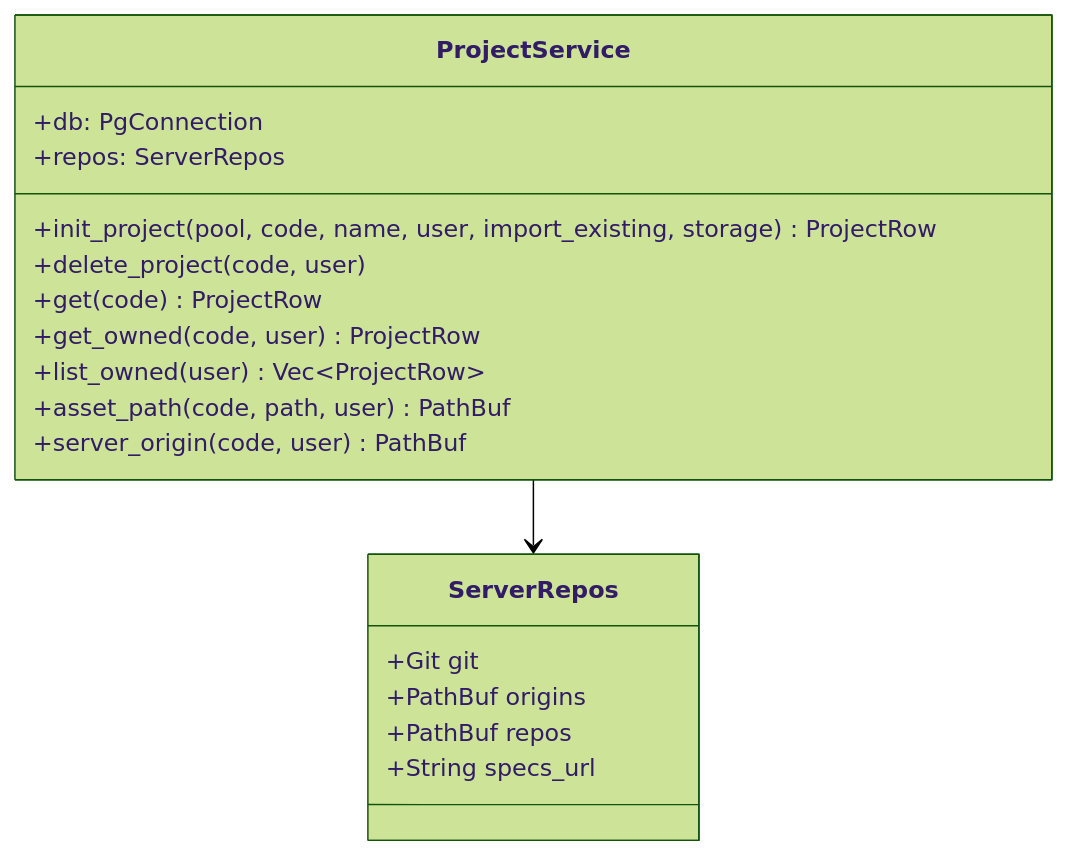
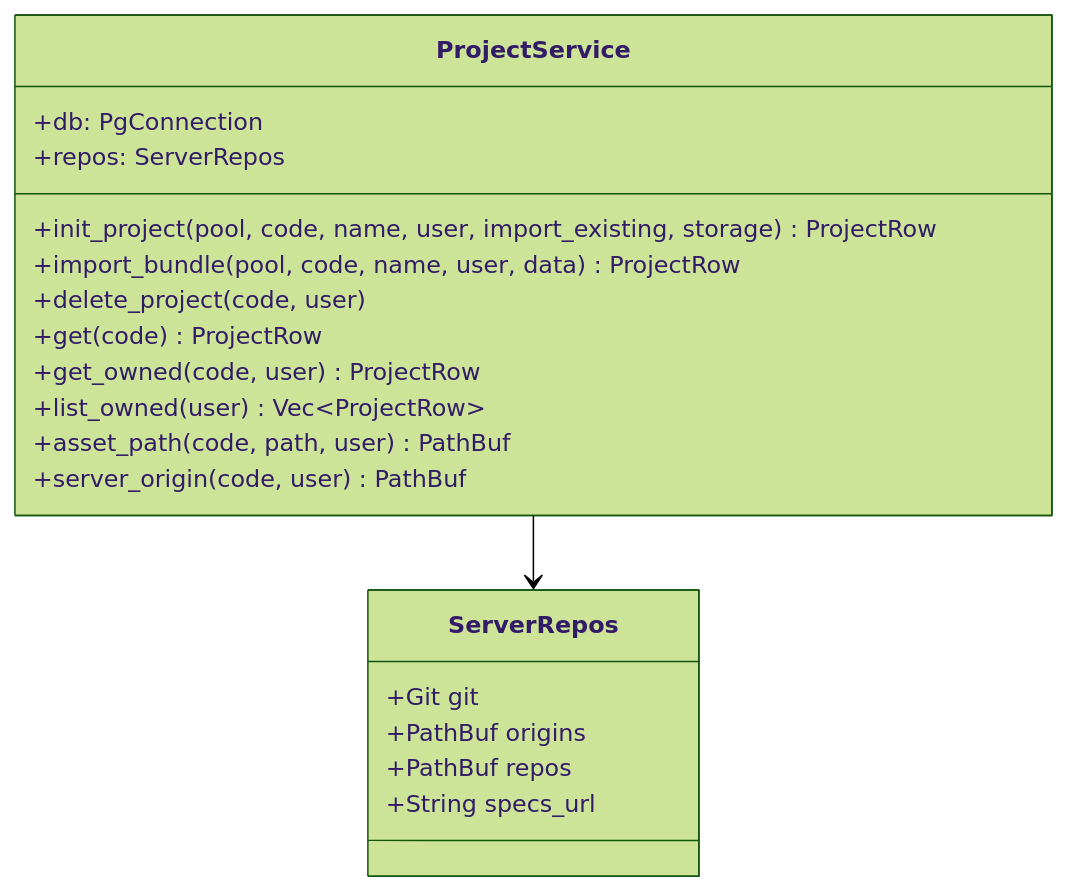
Before and after one commit to HoyoungParkme/syncdoc: the first of 9 diagrams in docs/specs/06-DOM/SYNC-DOM-004.md, drawn with Mermaid (forest theme). The commit also changed other lines of this file and 21 other files, not shown here.

````diff
--- a/docs/specs/06-DOM/SYNC-DOM-004.md
+++ b/docs/specs/06-DOM/SYNC-DOM-004.md
@@ -343,21 +344,22 @@
 ```mermaid
 classDiagram
     class ProjectService {
         +db: PgConnection
         +repos: ServerRepos
         +init_project(pool, code, name, user, import_existing, storage) ProjectRow
+        +import_bundle(pool, code, name, user, data) ProjectRow
         +delete_project(code, user)
         +get(code) ProjectRow
         +get_owned(code, user) ProjectRow
         +list_owned(user) Vec~ProjectRow~
         +asset_path(code, path, user) PathBuf
         +server_origin(code, user) PathBuf
     }
     class ServerRepos {
         +Git git
         +PathBuf origins
         +PathBuf repos
         +String specs_url
     }
     ProjectService --> ServerRepos
 ```
````
